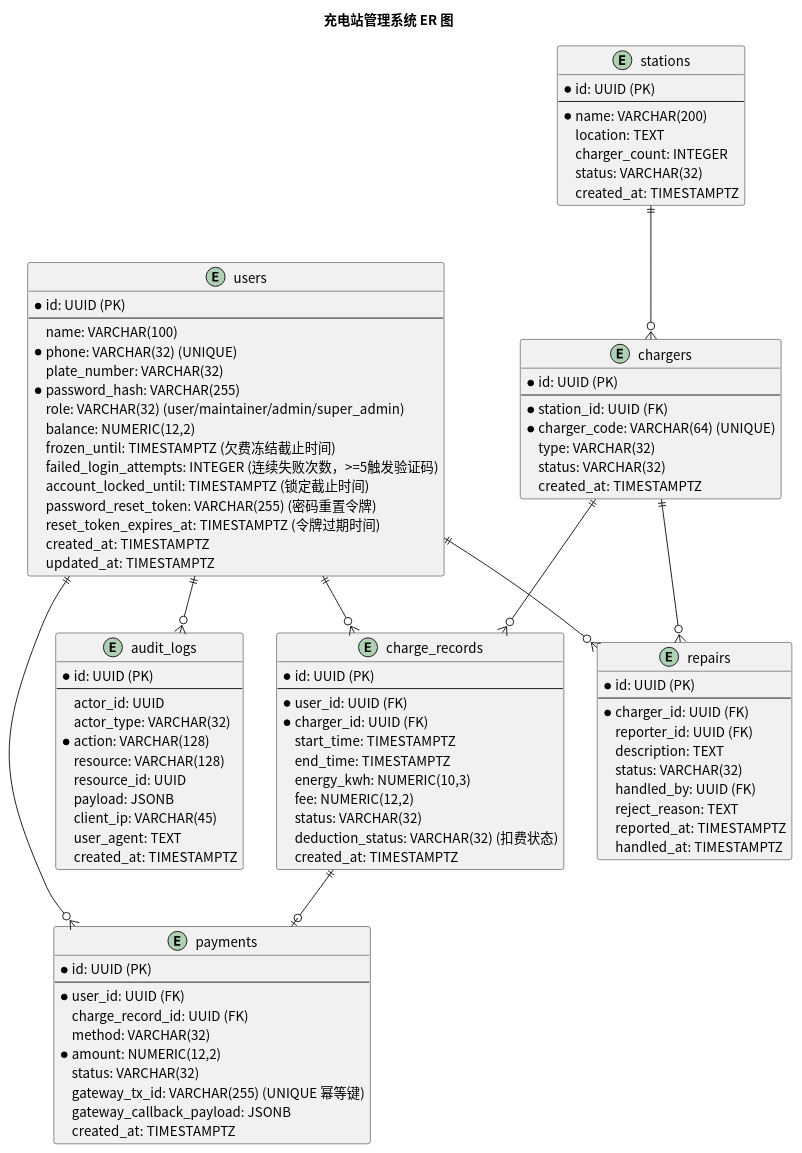
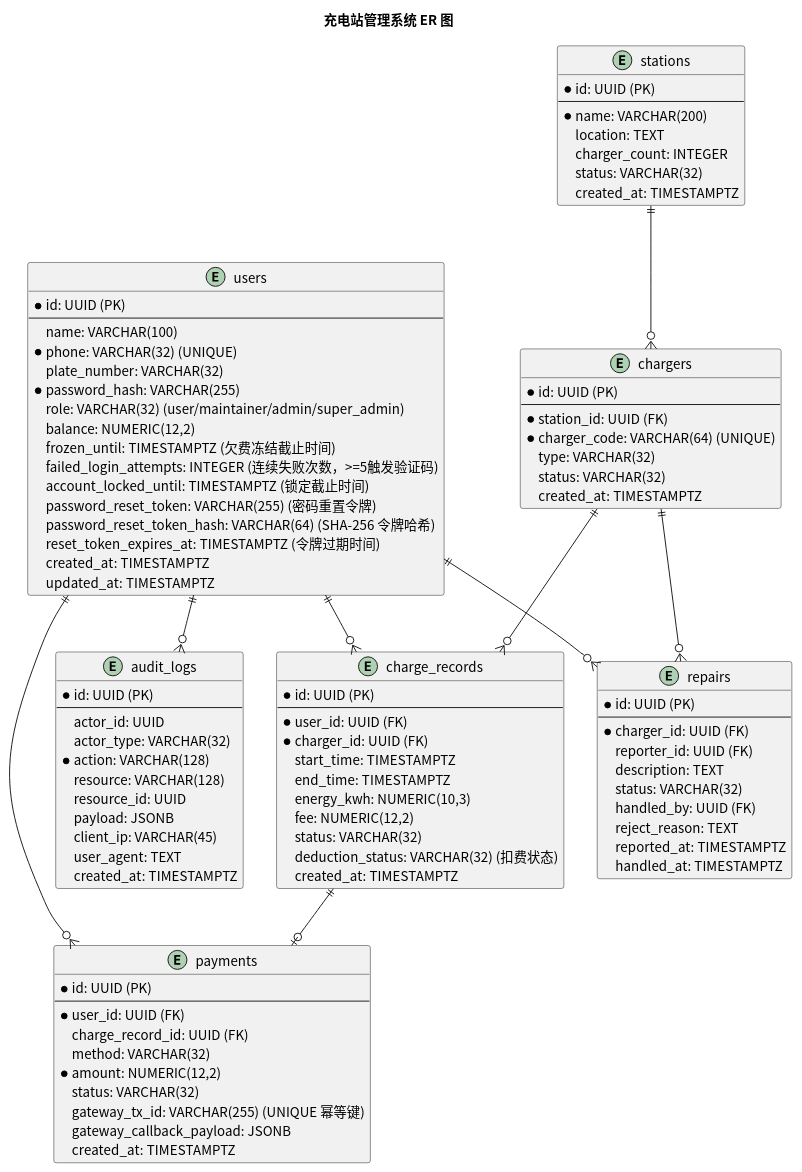
Before and after one commit to greenhandzdl/charging-station-doc: the diagram in usecase/docs/database/src/er_diagram.puml, drawn with PlantUML. The commit also changed 19 other files, not shown here.

```diff
--- a/usecase/docs/database/src/er_diagram.puml
+++ b/usecase/docs/database/src/er_diagram.puml
@@ -1,106 +1,107 @@
 @startuml
 skinparam defaultFontName "Noto Sans CJK SC"
 skinparam defaultFontSize 14
 title 充电站管理系统 ER 图
 
 entity users {
   *id: UUID (PK)
   --
   name: VARCHAR(100)
   *phone: VARCHAR(32) (UNIQUE)
   plate_number: VARCHAR(32)
   *password_hash: VARCHAR(255)
   role: VARCHAR(32) (user/maintainer/admin/super_admin)
   balance: NUMERIC(12,2)
   frozen_until: TIMESTAMPTZ (欠费冻结截止时间)
   failed_login_attempts: INTEGER (连续失败次数，>=5触发验证码)
   account_locked_until: TIMESTAMPTZ (锁定截止时间)
   password_reset_token: VARCHAR(255) (密码重置令牌)
+  password_reset_token_hash: VARCHAR(64) (SHA-256 令牌哈希)
   reset_token_expires_at: TIMESTAMPTZ (令牌过期时间)
   created_at: TIMESTAMPTZ
   updated_at: TIMESTAMPTZ
 }
 
 entity stations {
   *id: UUID (PK)
   --
   *name: VARCHAR(200)
   location: TEXT
   charger_count: INTEGER
   status: VARCHAR(32)
   created_at: TIMESTAMPTZ
 }
 
 entity chargers {
   *id: UUID (PK)
   --
   *station_id: UUID (FK)
   *charger_code: VARCHAR(64) (UNIQUE)
   type: VARCHAR(32)
   status: VARCHAR(32)
   created_at: TIMESTAMPTZ
 }
 
 entity charge_records {
   *id: UUID (PK)
   --
   *user_id: UUID (FK)
   *charger_id: UUID (FK)
   start_time: TIMESTAMPTZ
   end_time: TIMESTAMPTZ
   energy_kwh: NUMERIC(10,3)
   fee: NUMERIC(12,2)
   status: VARCHAR(32)
   deduction_status: VARCHAR(32) (扣费状态)
   created_at: TIMESTAMPTZ
 }
 
 entity payments {
   *id: UUID (PK)
   --
   *user_id: UUID (FK)
   charge_record_id: UUID (FK)
   method: VARCHAR(32)
   *amount: NUMERIC(12,2)
   status: VARCHAR(32)
   gateway_tx_id: VARCHAR(255) (UNIQUE 幂等键)
   gateway_callback_payload: JSONB
   created_at: TIMESTAMPTZ
 }
 
 entity repairs {
   *id: UUID (PK)
   --
   *charger_id: UUID (FK)
   reporter_id: UUID (FK)
   description: TEXT
   status: VARCHAR(32)
   handled_by: UUID (FK)
   reject_reason: TEXT
   reported_at: TIMESTAMPTZ
   handled_at: TIMESTAMPTZ
 }
 
 entity audit_logs {
   *id: UUID (PK)
   --
   actor_id: UUID
   actor_type: VARCHAR(32)
   *action: VARCHAR(128)
   resource: VARCHAR(128)
   resource_id: UUID
   payload: JSONB
   client_ip: VARCHAR(45)
   user_agent: TEXT
   created_at: TIMESTAMPTZ
 }
 
 stations ||--o{ chargers
 users ||--o{ charge_records
 chargers ||--o{ charge_records
 users ||--o{ payments
 charge_records ||--o| payments
 users ||--o{ repairs
 chargers ||--o{ repairs
 users ||--o{ audit_logs
 @enduml
```
